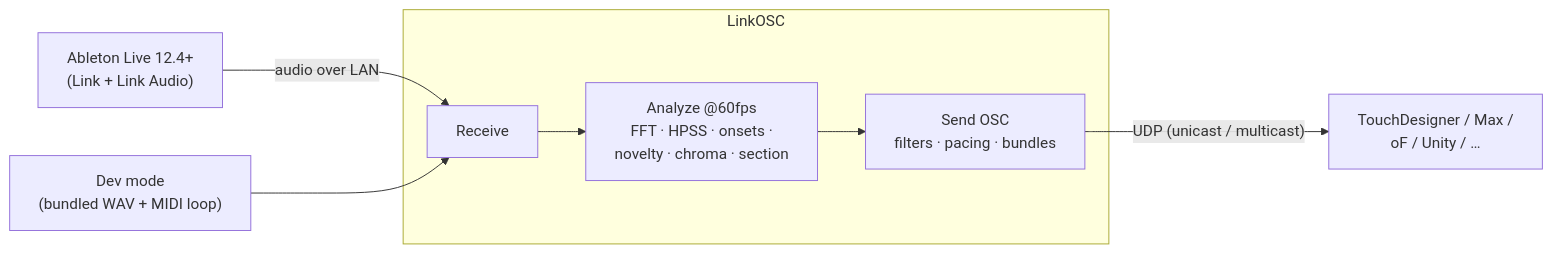
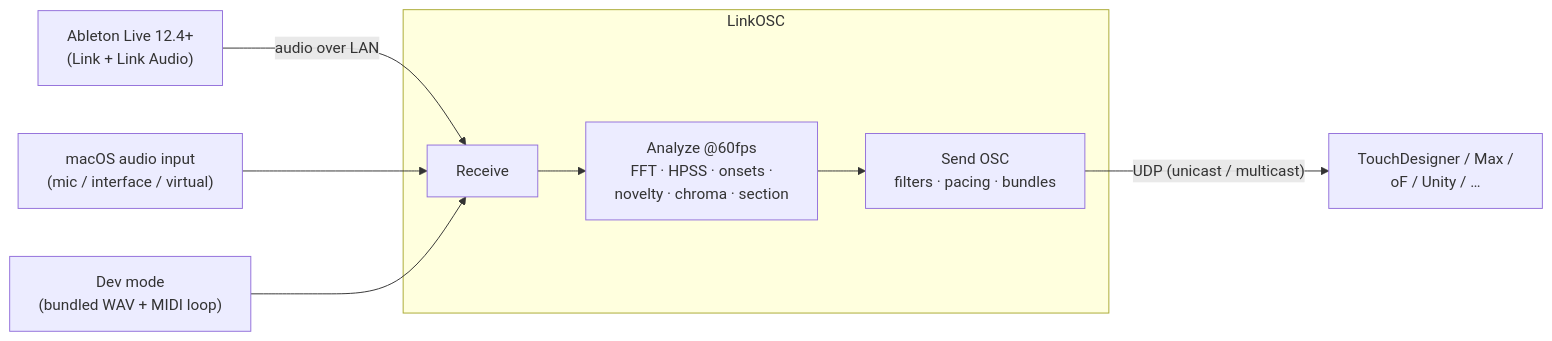
Before and after one commit to daitomanabe/link-osc-app: the diagram in docs/MANUAL.md, drawn with Mermaid. The commit also changed other lines of this file and 9 other files, not shown here.

First line of the commit message:
Add audio input controls and stable auto gain visualization (#1)

````diff
--- a/docs/MANUAL.md
+++ b/docs/MANUAL.md
@@ -10,10 +10,11 @@
 ```mermaid
 flowchart LR
     Live["Ableton Live 12.4+<br/>(Link + Link Audio)"] -- "audio over LAN" --> A
+    Input["macOS audio input<br/>(mic / interface / virtual)"] --> A
     WAV["Dev mode<br/>(bundled WAV + MIDI loop)"] --> A
     subgraph LinkOSC
         A["Receive"] --> B["Analyze @60fps<br/>FFT · HPSS · onsets ·<br/>novelty · chroma · section"]
         B --> C["Send OSC<br/>filters · pacing · bundles"]
     end
     C -- "UDP (unicast / multicast)" --> RX["TouchDesigner / Max /<br/>oF / Unity / …"]
 ```
````
